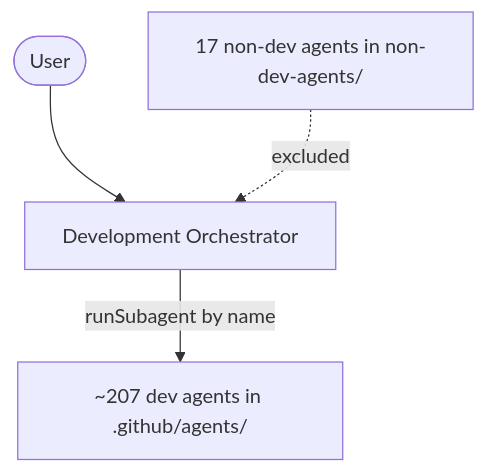
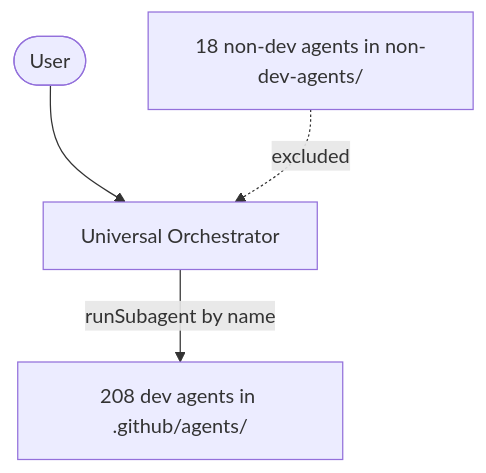
The diagram in README.md (omarihab99/EJADA-Development-Agent), drawn with Mermaid before and after one commit. The commit also changed other lines of this file and 39 other files, not shown here.

````diff
--- a/README.md
+++ b/README.md
@@ -25,6 +27,6 @@
 ```mermaid
 graph TD
-    User([User]) --> Orc[Development Orchestrator]
-    Orc -- runSubagent by name --> Agents[~207 dev agents in .github/agents/]
-    NonDev[17 non-dev agents in non-dev-agents/] -. excluded .-> Orc
+    User([User]) --> Orc[Universal Orchestrator]
+    Orc -- runSubagent by name --> Agents[208 dev agents in .github/agents/]
+    NonDev[18 non-dev agents in non-dev-agents/] -. excluded .-> Orc
 ```
````
